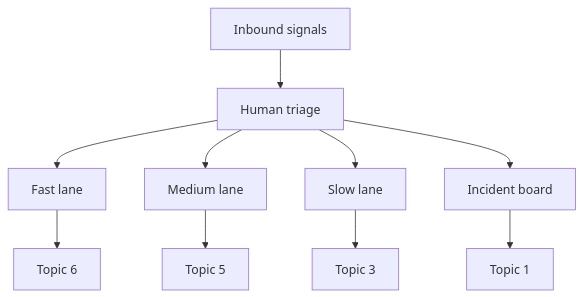
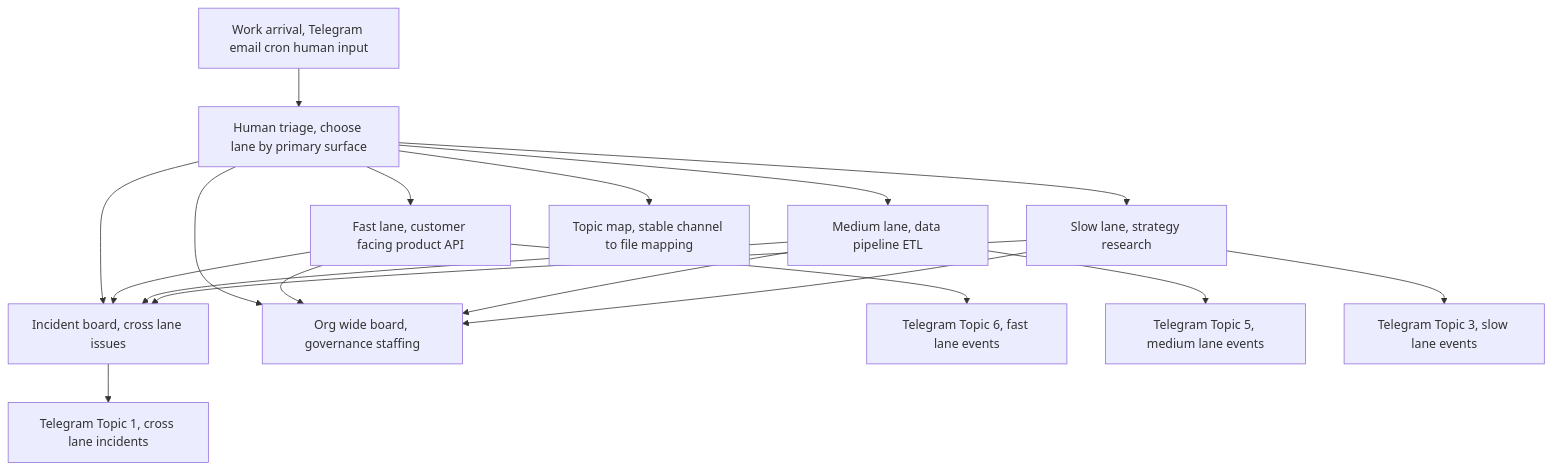
The diagram in diagrams/BOARD_LAYER.mmd (mmartoccia/ghost-orchestration-pattern), drawn with Mermaid before and after one commit. The commit also changed 11 other files, not shown here.

First line of the commit message:
Restore diagram fidelity while keeping GitHub-safe Mermaid

```diff
--- a/diagrams/BOARD_LAYER.mmd
+++ b/diagrams/BOARD_LAYER.mmd
@@ -1,21 +1,31 @@
 graph TD
-    S1[Inbound signals]
-    S2[Human triage]
-    S3[Fast lane]
-    S4[Medium lane]
-    S5[Slow lane]
-    S6[Incident board]
-    T1[Topic 6]
-    T2[Topic 5]
-    T3[Topic 3]
-    T4[Topic 1]
+    B1[Work arrival, Telegram email cron human input]
+    B2[Human triage, choose lane by primary surface]
+    B3[Fast lane, customer facing product API]
+    B4[Medium lane, data pipeline ETL]
+    B5[Slow lane, strategy research]
+    B6[Incident board, cross lane issues]
+    B7[Org wide board, governance staffing]
+    B8[Topic map, stable channel to file mapping]
+    N1[Telegram Topic 6, fast lane events]
+    N2[Telegram Topic 5, medium lane events]
+    N3[Telegram Topic 3, slow lane events]
+    N4[Telegram Topic 1, cross lane incidents]
 
-    S1 --> S2
-    S2 --> S3
-    S2 --> S4
-    S2 --> S5
-    S2 --> S6
-    S3 --> T1
-    S4 --> T2
-    S5 --> T3
-    S6 --> T4
+    B1 --> B2
+    B2 --> B3
+    B2 --> B4
+    B2 --> B5
+    B2 --> B6
+    B2 --> B7
+    B2 --> B8
+    B3 --> N1
+    B4 --> N2
+    B5 --> N3
+    B6 --> N4
+    B3 --> B6
+    B4 --> B6
+    B5 --> B6
+    B3 --> B7
+    B4 --> B7
+    B5 --> B7
```
